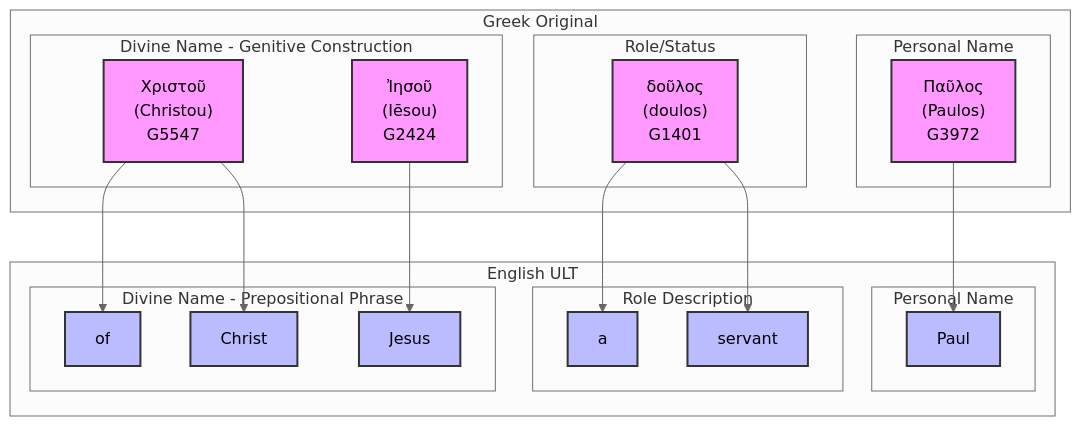
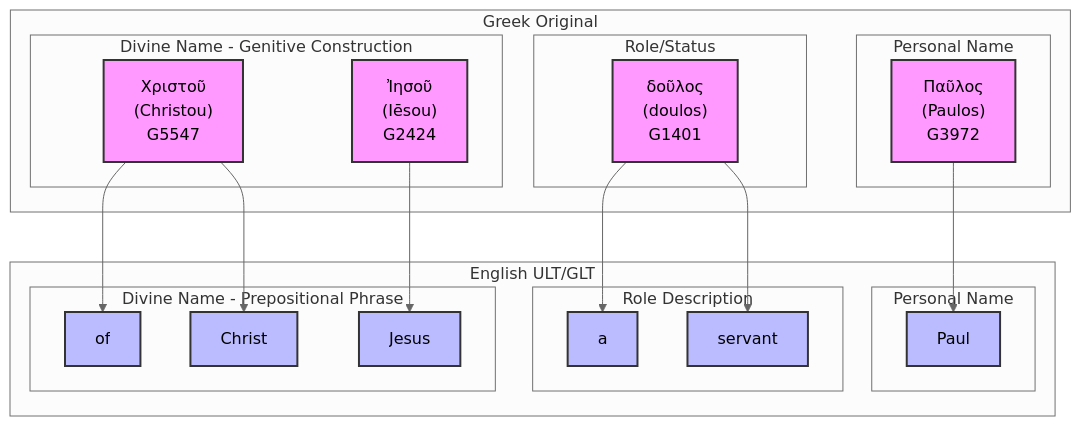
Before and after one commit to unfoldingWord/uW-Tools-Collab: the sixth of 6 diagrams in UW_TRANSLATION_RESOURCES_GUIDE.md, drawn with Mermaid (neutral theme). The commit also changed other lines of this file, not shown here.

````diff
--- a/UW_TRANSLATION_RESOURCES_GUIDE.md
+++ b/UW_TRANSLATION_RESOURCES_GUIDE.md
@@ -540,48 +548,48 @@
 ```mermaid
 graph TD
     subgraph "Greek Original"
         subgraph "Personal Name"
             G1["Παῦλος<br/>(Paulos)<br/>G3972"]
         end
         subgraph "Role/Status"
             G2["δοῦλος<br/>(doulos)<br/>G1401"]
         end
         subgraph "Divine Name - Genitive Construction"
             G3["Χριστοῦ<br/>(Christou)<br/>G5547"]
             G4["Ἰησοῦ<br/>(Iēsou)<br/>G2424"]
         end
     end
     
-    subgraph "English ULT"
+    subgraph "English ULT/GLT"
         subgraph "Personal Name"
             E1["Paul"]
         end
         subgraph "Role Description"
             E2["a"]
             E3["servant"]
         end
         subgraph "Divine Name - Prepositional Phrase"
             E4["of"]
             E5["Christ"]
             E6["Jesus"]
         end
     end
     
     G1 --> E1
     G2 --> E2
     G2 --> E3
     G3 --> E4
     G3 --> E5
     G4 --> E6
     
     style G1 fill:#f9f,stroke:#333,stroke-width:2px
     style G2 fill:#f9f,stroke:#333,stroke-width:2px
     style G3 fill:#f9f,stroke:#333,stroke-width:2px
     style G4 fill:#f9f,stroke:#333,stroke-width:2px
     style E1 fill:#bbf,stroke:#333,stroke-width:2px
     style E2 fill:#bbf,stroke:#333,stroke-width:2px
     style E3 fill:#bbf,stroke:#333,stroke-width:2px
     style E4 fill:#bbf,stroke:#333,stroke-width:2px
     style E5 fill:#bbf,stroke:#333,stroke-width:2px
     style E6 fill:#bbf,stroke:#333,stroke-width:2px
 ```
````
